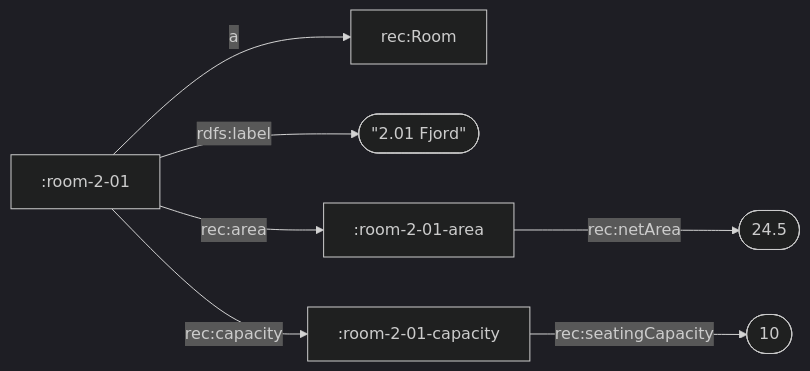
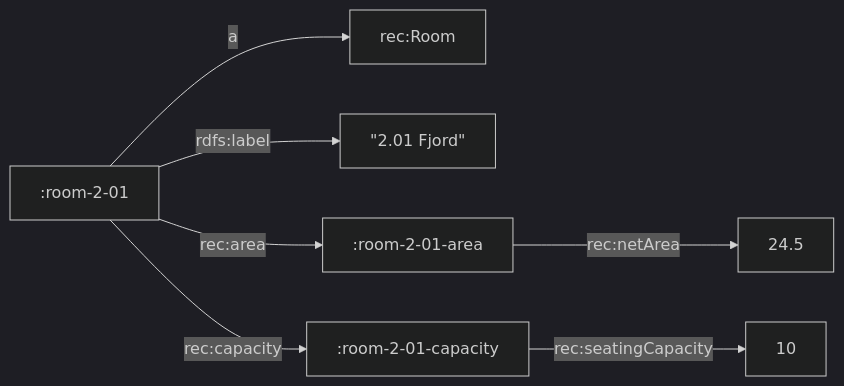
Before and after one commit to Hafeok/Varve: the diagram in docs/learn/01-rows-as-resources.md, drawn with Mermaid (dark theme).

Commit message:
docs(learn): chapter 1's diagram draws its values as rectangles
The docs site job failed on #385: its two builds differed in chapter 1's
diagram, at a stadium node, whose outline Mermaid draws with control
points that change from one drawing to the next. Rectangles draw the
same each time; two local builds are now byte-identical.

Refs #364

Claude-Session: https://claude.ai/code/session_01NbWSYS9EfnKVVJ6zaNkU5z

````diff
--- a/docs/learn/01-rows-as-resources.md
+++ b/docs/learn/01-rows-as-resources.md
@@ -82,9 +82,9 @@
 ```mermaid
 flowchart LR
   room[":room-2-01"] -- "a" --> Room["rec:Room"]
-  room -- "rdfs:label" --> label(["&quot;2.01 Fjord&quot;"])
+  room -- "rdfs:label" --> label["&quot;2.01 Fjord&quot;"]
   room -- "rec:area" --> area[":room-2-01-area"]
   room -- "rec:capacity" --> capacity[":room-2-01-capacity"]
-  area -- "rec:netArea" --> net(["24.5"])
-  capacity -- "rec:seatingCapacity" --> seats(["10"])
+  area -- "rec:netArea" --> net["24.5"]
+  capacity -- "rec:seatingCapacity" --> seats["10"]
 ```
````
